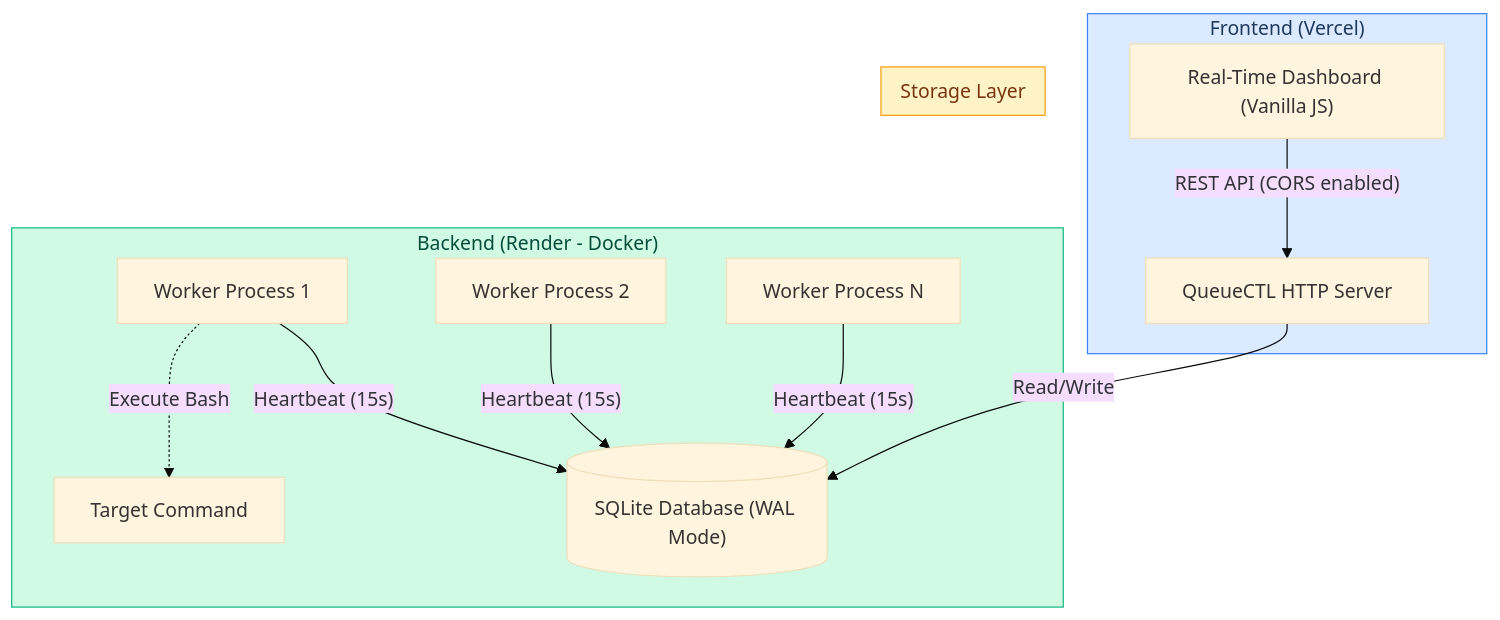
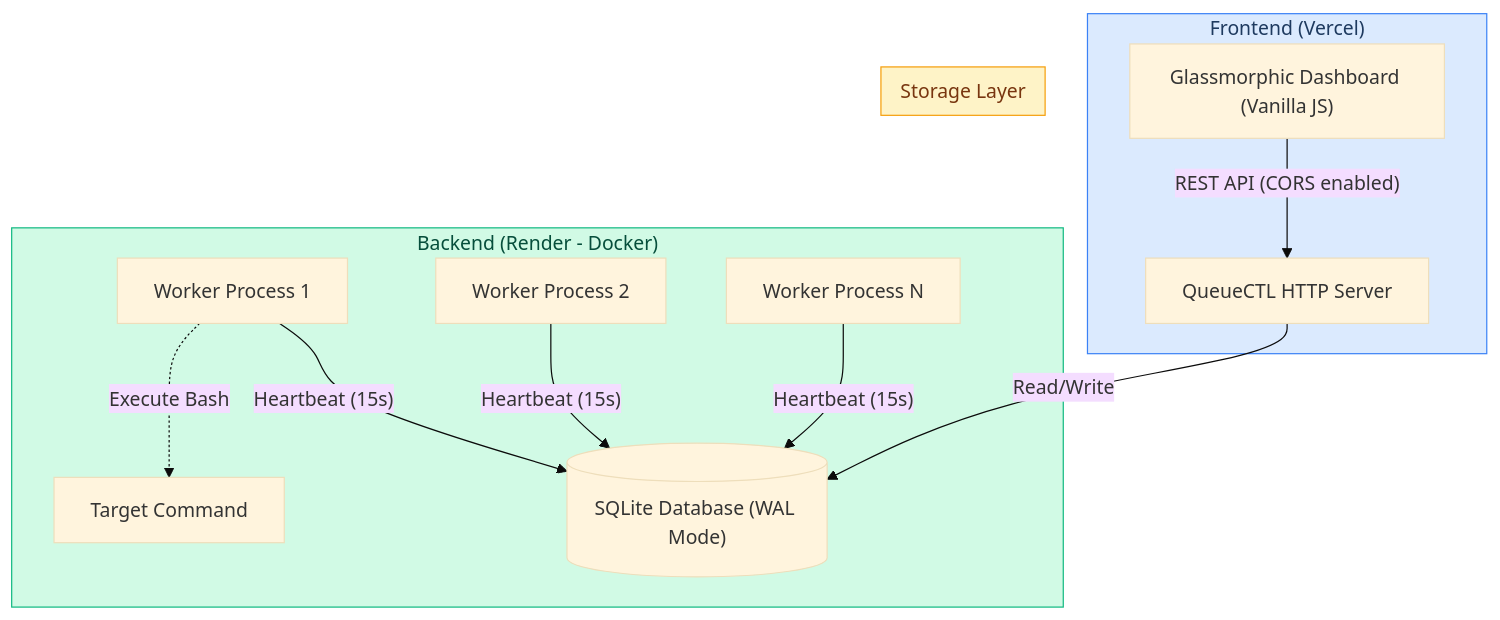
Before and after one commit to Harshkumar2306/QueueCTL: the diagram in README.md, drawn with Mermaid (base theme). The commit also changed other lines of this file, not shown here.

````diff
--- a/README.md
+++ b/README.md
@@ -57,26 +67,26 @@
 ```mermaid
 graph TB
     subgraph Frontend["Frontend (Vercel)"]
-        UI["Real-Time Dashboard (Vanilla JS)"]
+        UI["Glassmorphic Dashboard (Vanilla JS)"]
         UI --> |"REST API (CORS enabled)"| API
     end
 
     subgraph Backend["Backend (Render - Docker)"]
         API["QueueCTL HTTP Server"]
         API --> |"Read/Write"| DB
         
         W1["Worker Process 1"] --> |"Heartbeat (15s)"| DB
         W2["Worker Process 2"] --> |"Heartbeat (15s)"| DB
         W3["Worker Process N"] --> |"Heartbeat (15s)"| DB
         
         W1 -.-> |"Execute Bash"| JOB["Target Command"]
     end
 
     subgraph Storage["Storage Layer"]
         DB[("SQLite Database (WAL Mode)")]
     end
 
     style Frontend fill:#dbeafe,stroke:#3b82f6,color:#1e3a5f
     style Backend fill:#d1fae5,stroke:#10b981,color:#064e3b
     style Storage fill:#fef3c7,stroke:#f59e0b,color:#78350f
 ```
````
